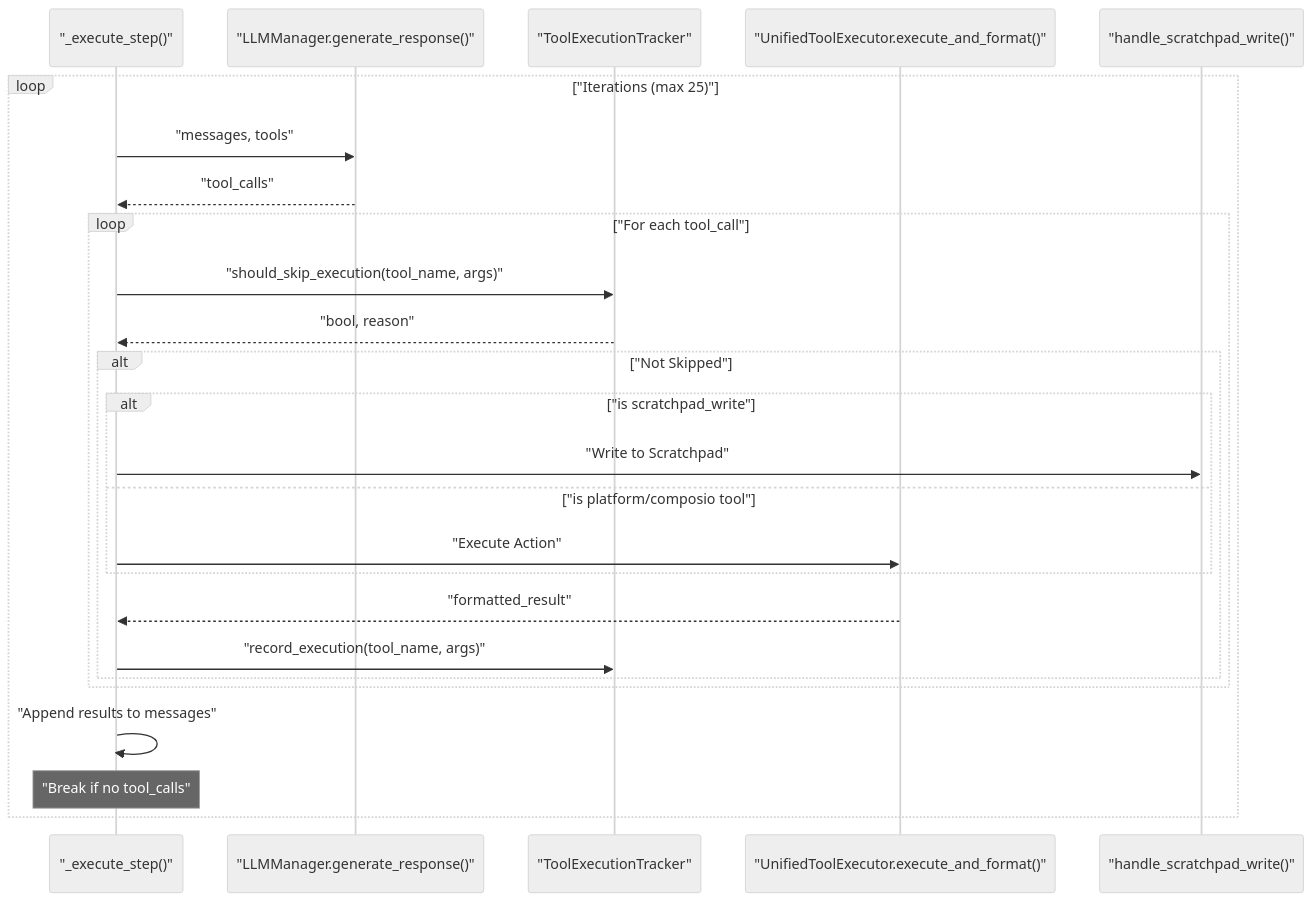
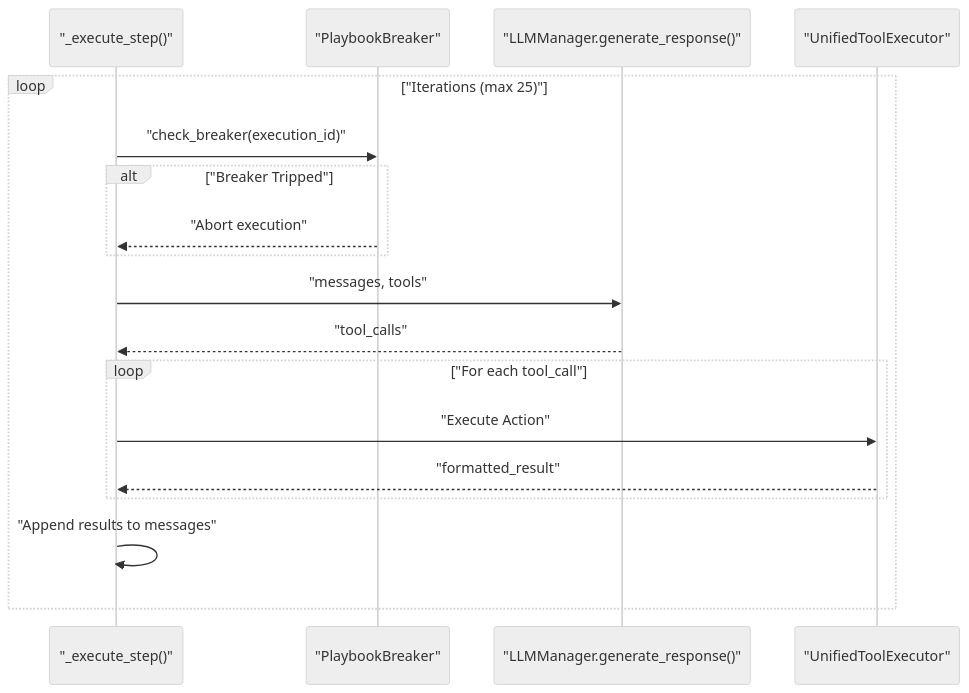
One commit to AutomatosAI/automatos-ai changed the second of 2 diagrams in docs/workflows-recipes/recipe-execution-engine.md. Above: the diagram before and after it, drawn with Mermaid (neutral theme). The commit also changed other lines of this file and 191 other files, not shown here.

````diff
--- a/docs/workflows-recipes/recipe-execution-engine.md
+++ b/docs/workflows-recipes/recipe-execution-engine.md
@@ -141,31 +160,23 @@
 ```mermaid
 sequenceDiagram
     participant Step as "_execute_step()"
+    participant Breaker as "PlaybookBreaker"
     participant LLM as "LLMManager.generate_response()"
-    participant Tracker as "ToolExecutionTracker"
-    participant Router as "UnifiedToolExecutor.execute_and_format()"
-    participant Scratch as "handle_scratchpad_write()"
+    participant Router as "UnifiedToolExecutor"
 
     loop "Iterations (max 25)"
+        Step->>Breaker: "check_breaker(execution_id)"
+        alt "Breaker Tripped"
+            Breaker-->>Step: "Abort execution"
+        end
         Step->>LLM: "messages, tools"
         LLM-->>Step: "tool_calls"
         
         loop "For each tool_call"
-            Step->>Tracker: "should_skip_execution(tool_name, args)"
-            Tracker-->>Step: "bool, reason"
-            
-            alt "Not Skipped"
-                alt "is scratchpad_write"
-                    Step->>Scratch: "Write to Scratchpad"
-                else "is platform/composio tool"
-                    Step->>Router: "Execute Action"
-                end
-                Router-->>Step: "formatted_result"
-                Step->>Tracker: "record_execution(tool_name, args)"
-            end
+            Step->>Router: "Execute Action"
+            Router-->>Step: "formatted_result"
         end
         
         Step->>Step: "Append results to messages"
-        Note over Step: "Break if no tool_calls"
     end
 ```
````
